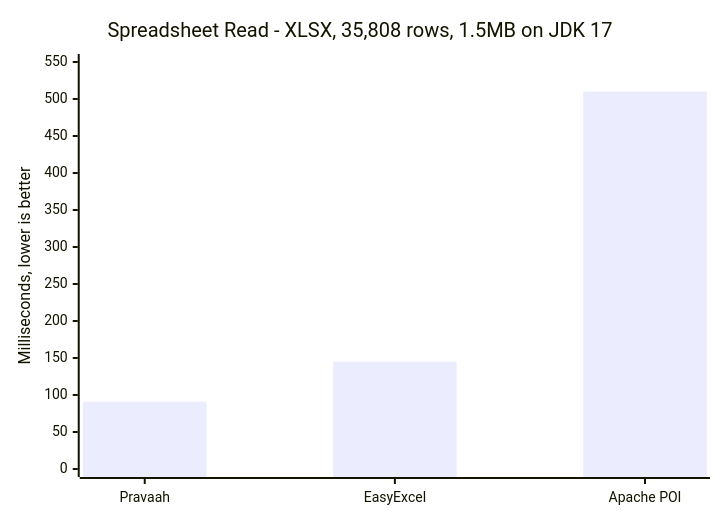
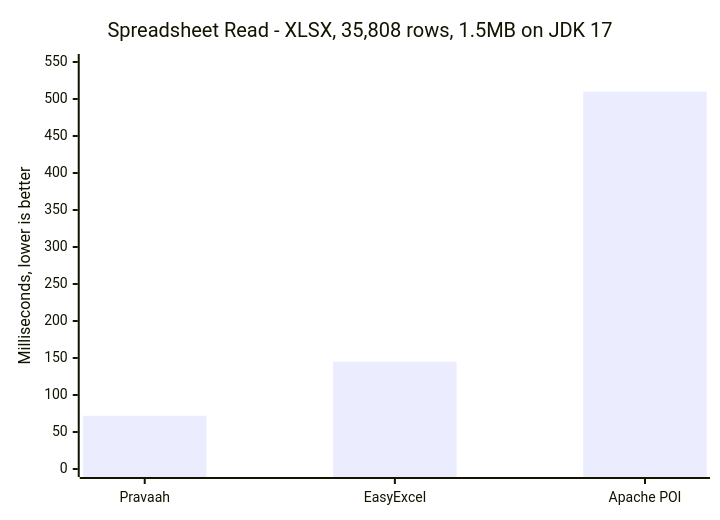
The third of 6 diagrams in README.md (beingmartinbmc/pravaah-java), drawn with Mermaid before and after one commit. The commit also changed other lines of this file and 19 other files, not shown here.

````diff
--- a/README.md
+++ b/README.md
@@ -409,7 +409,7 @@
 ```mermaid
 xychart-beta
     title "Spreadsheet Read - XLSX, 35,808 rows, 1.5MB on JDK 17"
     x-axis ["Pravaah", "EasyExcel", "Apache POI"]
     y-axis "Milliseconds, lower is better" 0 --> 550
-    bar [91, 145, 510]
+    bar [72, 145, 510]
 ```
````
